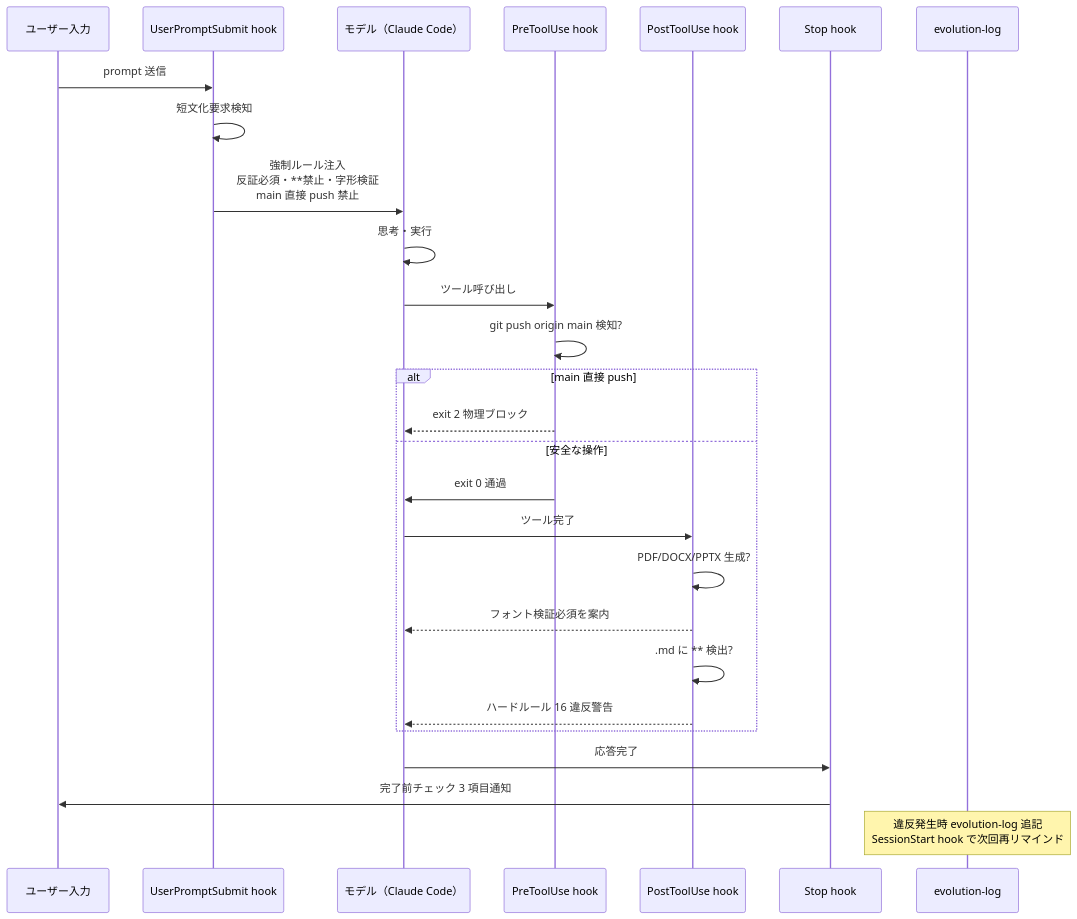
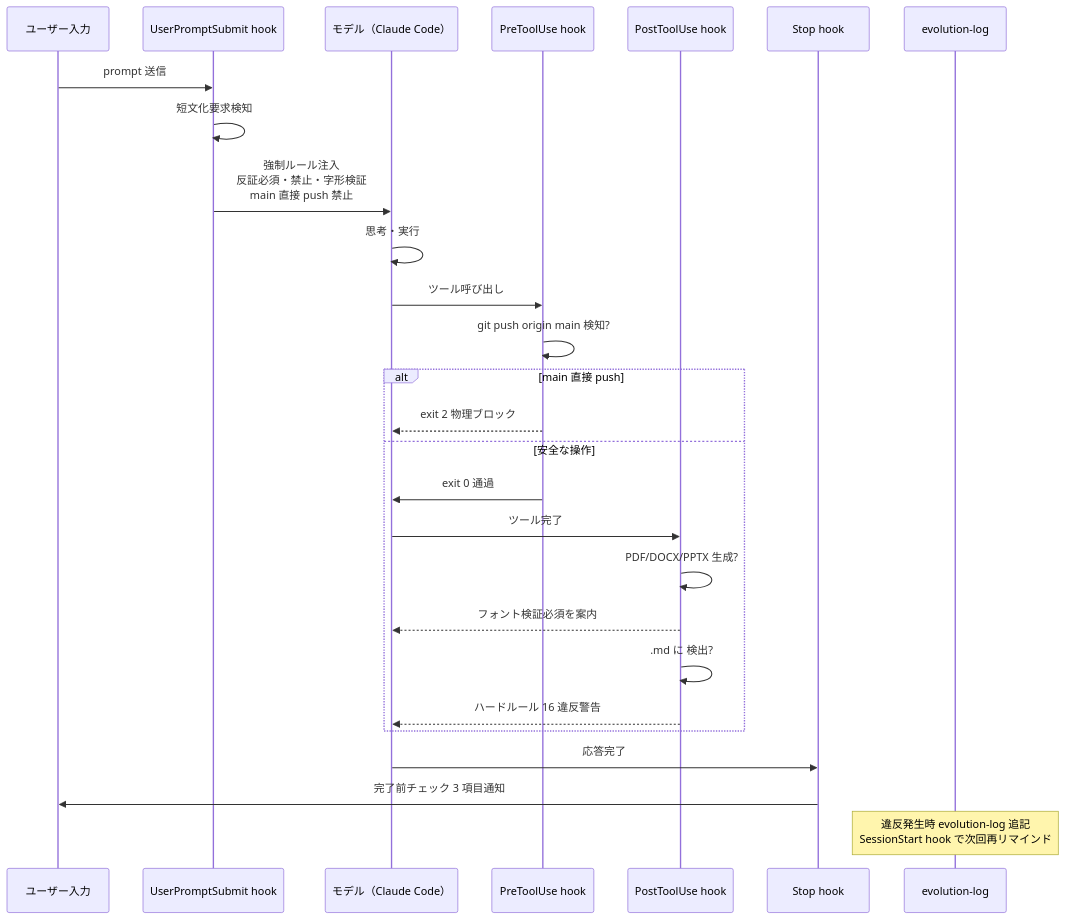
One commit to nbyk115/consulting-os changed the third of 4 diagrams in README.md. Above: the diagram before and after it, drawn with Mermaid. The commit also changed other lines of this file and 29 other files, not shown here.

````diff
--- a/README.md
+++ b/README.md
@@ -129,30 +129,30 @@
 ```mermaid
 sequenceDiagram
     participant U as ユーザー入力
     participant H1 as UserPromptSubmit hook
     participant M as モデル（Claude Code）
     participant H2 as PreToolUse hook
     participant H3 as PostToolUse hook
     participant H4 as Stop hook
     participant E as evolution-log
 
     U->>H1: prompt 送信
     H1->>H1: 短文化要求検知
-    H1->>M: 強制ルール注入<br/>反証必須・**禁止・字形検証<br/>main 直接 push 禁止
+    H1->>M: 強制ルール注入<br/>反証必須・禁止・字形検証<br/>main 直接 push 禁止
     M->>M: 思考・実行
     M->>H2: ツール呼び出し
     H2->>H2: git push origin main 検知?
     alt main 直接 push
         H2-->>M: exit 2 物理ブロック
     else 安全な操作
         H2->>M: exit 0 通過
         M->>H3: ツール完了
         H3->>H3: PDF/DOCX/PPTX 生成?
         H3-->>M: フォント検証必須を案内
-        H3->>H3: .md に ** 検出?
+        H3->>H3: .md に  検出?
         H3-->>M: ハードルール 16 違反警告
     end
     M->>H4: 応答完了
     H4->>U: 完了前チェック 3 項目通知
     Note over E: 違反発生時 evolution-log 追記<br/>SessionStart hook で次回再リマインド
 ```
````
